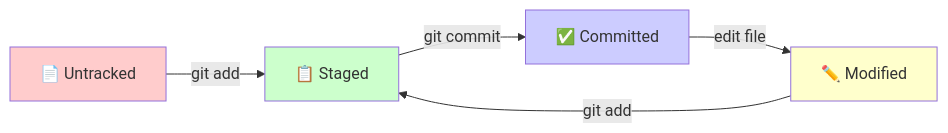
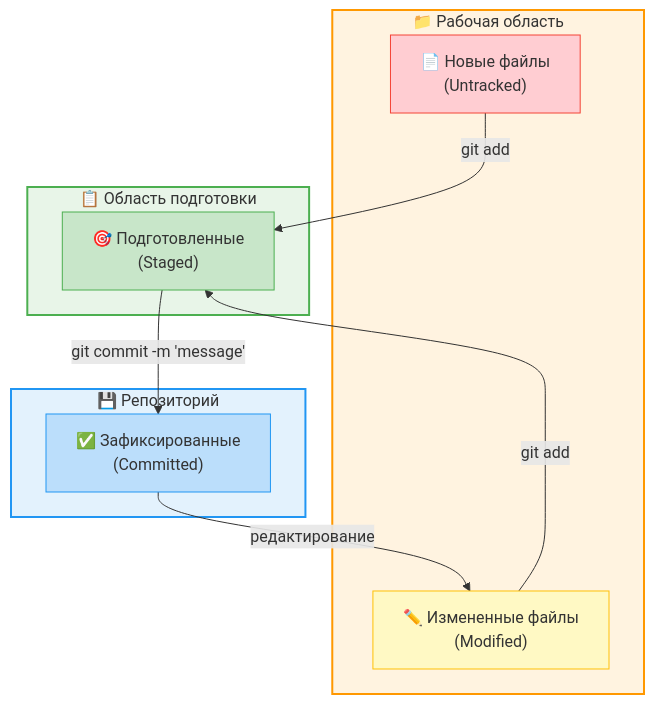
One commit to Alex-0293/TopWebStack changed the second of 4 diagrams in docs/chapter-04-git.md. Above: the diagram before and after it, drawn with Mermaid. The commit also changed other lines of this file and 1 other file, not shown here.

First line of the commit message:
feat(git): добавить практическое задание и проверку знаний

````diff
--- a/docs/chapter-04-git.md
+++ b/docs/chapter-04-git.md
@@ -106,17 +122,29 @@
 ```mermaid
-graph LR
-    untracked["📄 Untracked"]
-    modified["✏️ Modified"]
-    staged["📋 Staged"]
-    committed["✅ Committed"]
+flowchart TB
+    subgraph workspace["📁 Рабочая область"]
+        untracked["📄 Новые файлы<br/>(Untracked)"]
+        modified["✏️ Измененные файлы<br/>(Modified)"]
+    end
+    
+    subgraph staging["📋 Область подготовки"]
+        staged["🎯 Подготовленные<br/>(Staged)"]
+    end
+    
+    subgraph repository["💾 Репозиторий"]
+        committed["✅ Зафиксированные<br/>(Committed)"]
+    end
     
     untracked --> |"git add"| staged
     modified --> |"git add"| staged
-    staged --> |"git commit"| committed
-    committed --> |"edit file"| modified
+    staged --> |"git commit -m 'message'"| committed
+    committed --> |"редактирование"| modified
     
-    style untracked fill:#ffcccc
-    style modified fill:#ffffcc
-    style staged fill:#ccffcc
-    style committed fill:#ccccff
+    style workspace fill:#fff3e0,stroke:#ff9800,stroke-width:2px
+    style staging fill:#e8f5e8,stroke:#4caf50,stroke-width:2px
+    style repository fill:#e3f2fd,stroke:#2196f3,stroke-width:2px
+    
+    style untracked fill:#ffcdd2,stroke:#f44336
+    style modified fill:#fff9c4,stroke:#ffc107
+    style staged fill:#c8e6c9,stroke:#4caf50
+    style committed fill:#bbdefb,stroke:#2196f3
 ```
````
